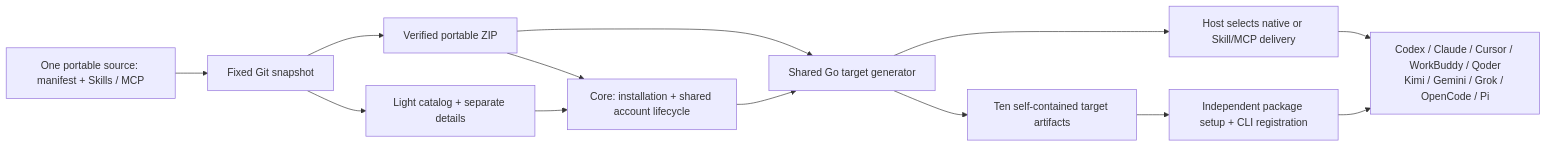
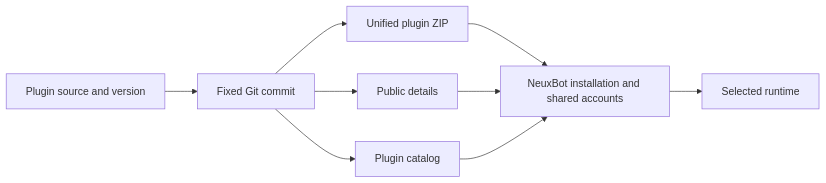
The first of 2 diagrams in README.md (JieWaZi/neux-plugins), drawn with Mermaid before and after one commit. The commit also changed other lines of this file and 42 other files, not shown here.

First line of the commit message:
将插件发行收敛为 NeuxBot 专用统一包

````diff
--- a/README.md
+++ b/README.md
@@ -28,15 +27,11 @@
 ```mermaid
 flowchart LR
-  Source[One portable source: manifest + Skills / MCP] --> Snapshot[Fixed Git snapshot]
-  Snapshot --> Index[Light catalog + separate details]
-  Snapshot --> Archive[Verified portable ZIP]
-  Archive --> Core[Core: installation + shared account lifecycle]
-  Index --> Core
-  Archive --> Generator[Shared Go target generator]
-  Core --> Generator
-  Generator --> Targets[Ten self-contained target artifacts]
-  Generator --> View[Host selects native or Skill/MCP delivery]
-  Targets --> Setup[Independent package setup + CLI registration]
-  View --> CLIs[Codex / Claude / Cursor / WorkBuddy / Qoder<br/>Kimi / Gemini / Grok / OpenCode / Pi]
-  Setup --> CLIs
+  Source[Plugin source and version] --> Snapshot[Fixed Git commit]
+  Snapshot --> Archive[Unified plugin ZIP]
+  Snapshot --> Details[Public details]
+  Snapshot --> Catalog[Plugin catalog]
+  Archive --> Core[NeuxBot installation and shared accounts]
+  Details --> Core
+  Catalog --> Core
+  Core --> Runtime[Selected runtime]
 ```
````
